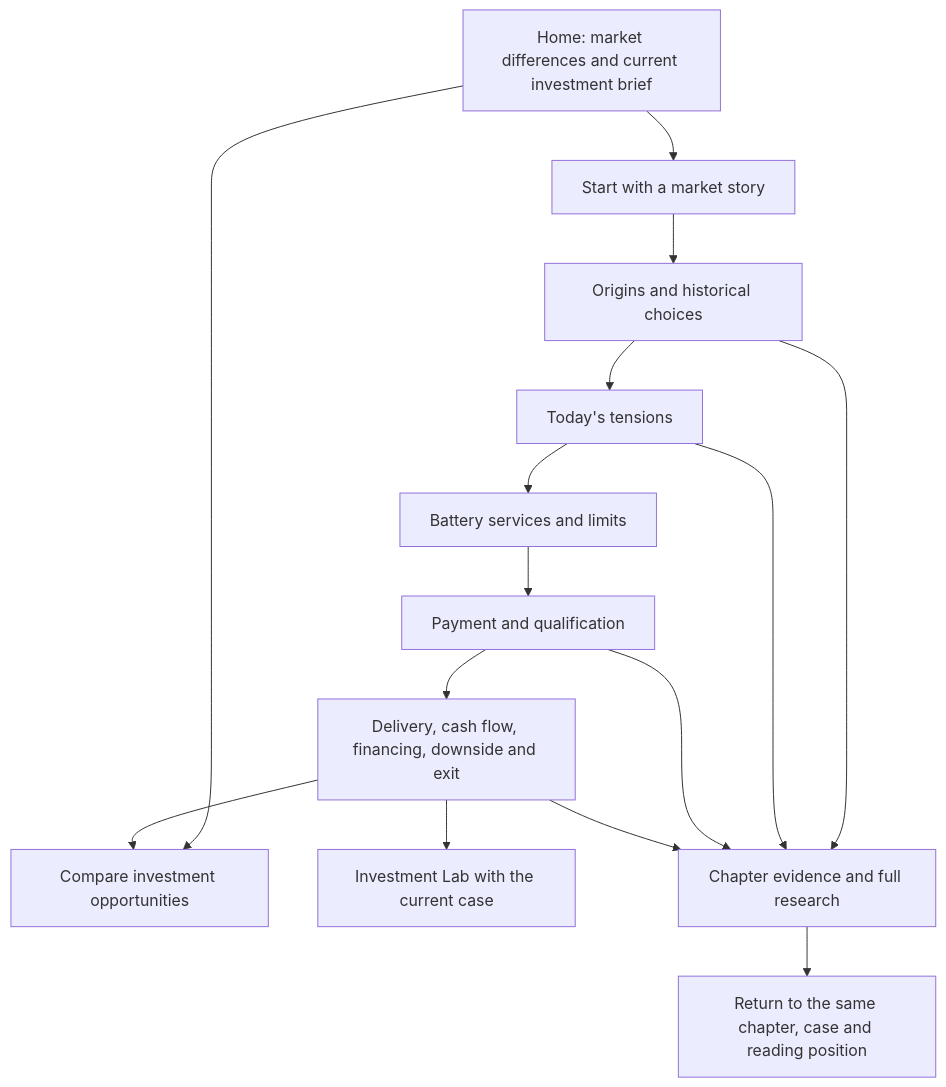
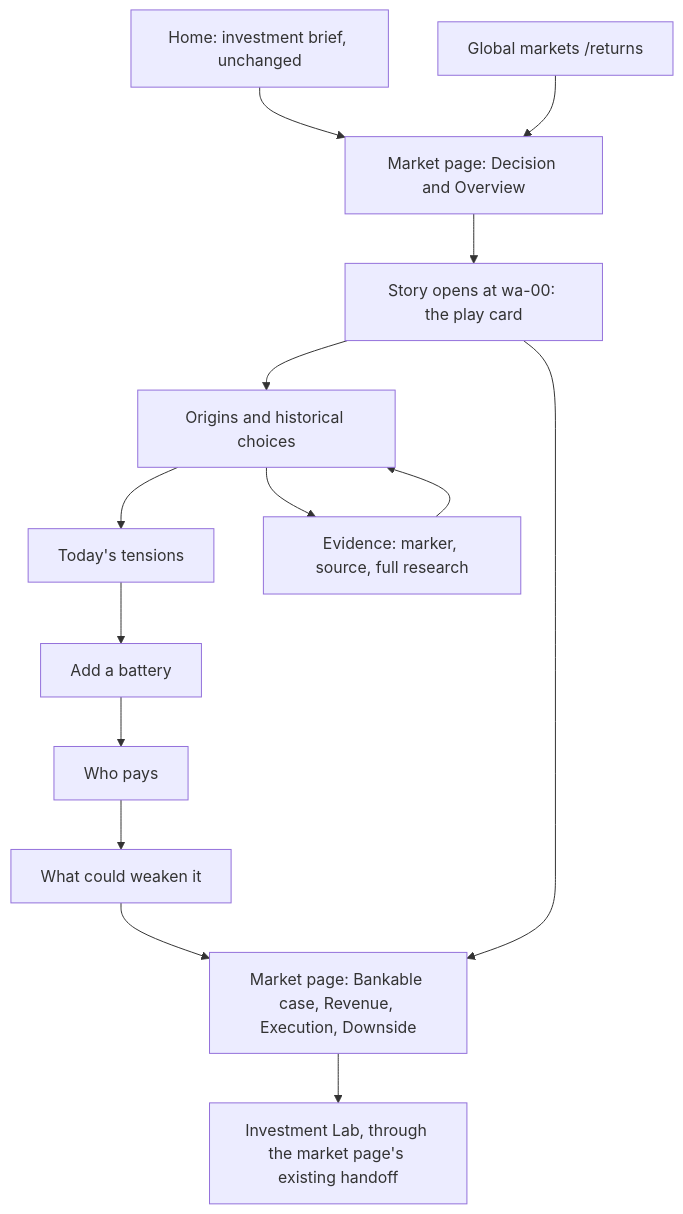
Before and after one commit to jerryyuan1996/BESS-research-platform: the diagram in docs/immersive-experience-plan/experience-and-page-design.md, drawn with Mermaid. The commit also changed other lines of this file and 7 other files, not shown here.

````diff
--- a/docs/immersive-experience-plan/experience-and-page-design.md
+++ b/docs/immersive-experience-plan/experience-and-page-design.md
@@ -11,17 +13,16 @@
 ```mermaid
 flowchart TD
-    H[Home: market differences and current investment brief] --> S[Start with a market story]
-    H --> C[Compare investment opportunities]
+    H[Home: investment brief, unchanged] --> M[Market page: Decision and Overview]
+    G[Global markets /returns] --> M
+    M --> S[Story opens at wa-00: the play card]
     S --> O[Origins and historical choices]
     O --> T[Today's tensions]
-    T --> B[Battery services and limits]
-    B --> P[Payment and qualification]
-    P --> I[Delivery, cash flow, financing, downside and exit]
-    I --> C
-    I --> L[Investment Lab with the current case]
-    O --> E[Chapter evidence and full research]
-    T --> E
-    P --> E
-    I --> E
-    E --> R[Return to the same chapter, case and reading position]
+    T --> B[Add a battery]
+    B --> P[Who pays]
+    P --> W[What could weaken it]
+    W --> X[Market page: Bankable case, Revenue, Execution, Downside]
+    S --> X
+    O --> E[Evidence: marker, source, full research]
+    E --> O
+    X --> L[Investment Lab, through the market page's existing handoff]
 ```
````
